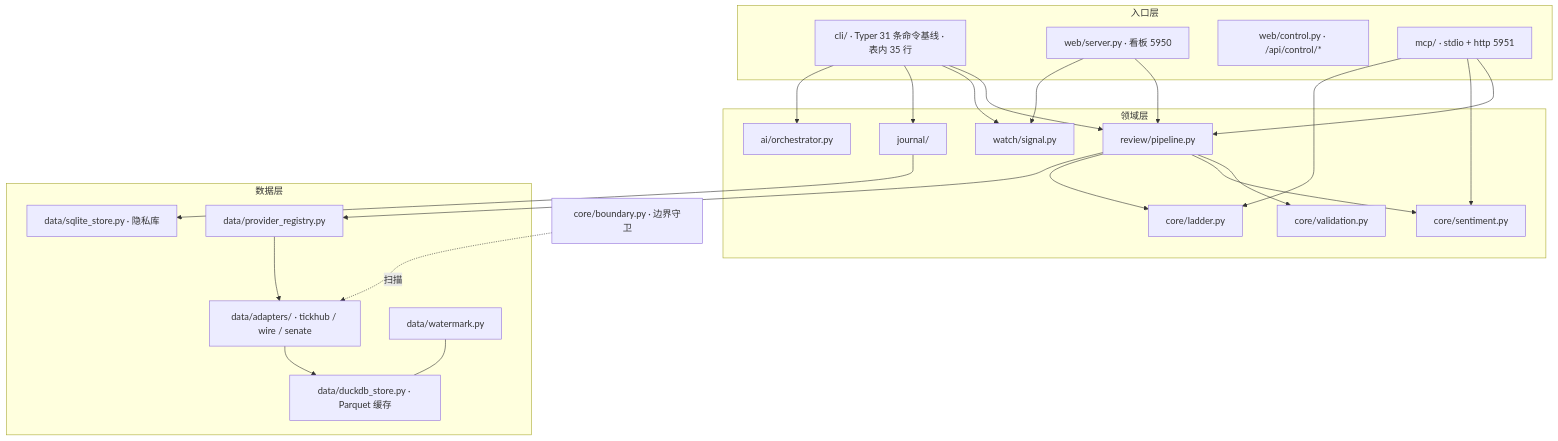
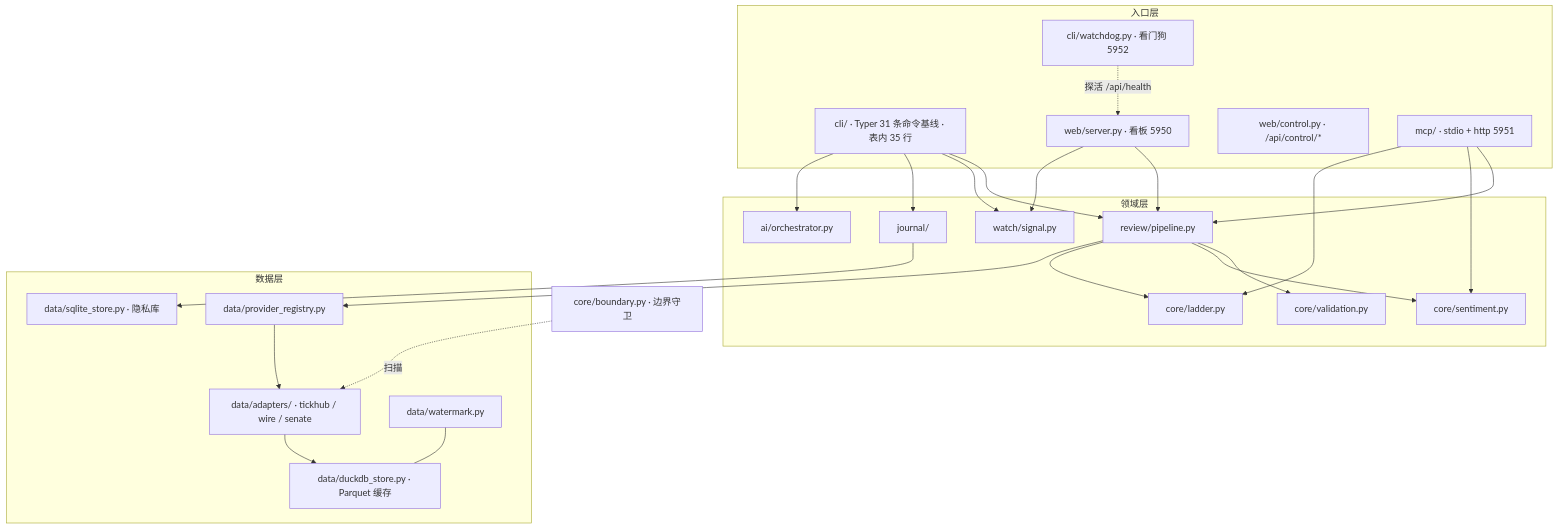
The diagram in docs/ARCHITECTURE.md (QuotaFuse-ai/LadderStock), drawn with Mermaid before and after one commit. The commit also changed other lines of this file and 19 other files, not shown here.

````diff
--- a/docs/ARCHITECTURE.md
+++ b/docs/ARCHITECTURE.md
@@ -8,35 +8,37 @@
 ```mermaid
 flowchart TB
   subgraph 入口层
     CLI[cli/ · Typer 31 条命令基线 · 表内 35 行]
     WEB[web/server.py · 看板 5950]
     CTRL[web/control.py · /api/control/*]
+    DOG[cli/watchdog.py · 看门狗 5952]
     MCP[mcp/ · stdio + http 5951]
   end
   subgraph 领域层
     REVIEW[review/pipeline.py]
     VALID[core/validation.py]
     SENTI[core/sentiment.py]
     LADDER[core/ladder.py]
     WATCH[watch/signal.py]
     JOURNAL[journal/]
     AI[ai/orchestrator.py]
   end
   subgraph 数据层
     REG[data/provider_registry.py]
     ADAPT[data/adapters/ · tickhub / wire / senate]
     DUCK[data/duckdb_store.py · Parquet 缓存]
     SQ[data/sqlite_store.py · 隐私库]
     WM[data/watermark.py]
   end
   BOUND[core/boundary.py · 边界守卫]
   CLI --> REVIEW & WATCH & JOURNAL & AI
   WEB --> REVIEW & WATCH
   MCP --> REVIEW & SENTI & LADDER
+  DOG -. 探活 /api/health .-> WEB
   REVIEW --> VALID & SENTI & LADDER
   REVIEW --> REG
   REG --> ADAPT --> DUCK
   WM --- DUCK
   JOURNAL --> SQ
   BOUND -. 扫描 .-> ADAPT
 ```
````
